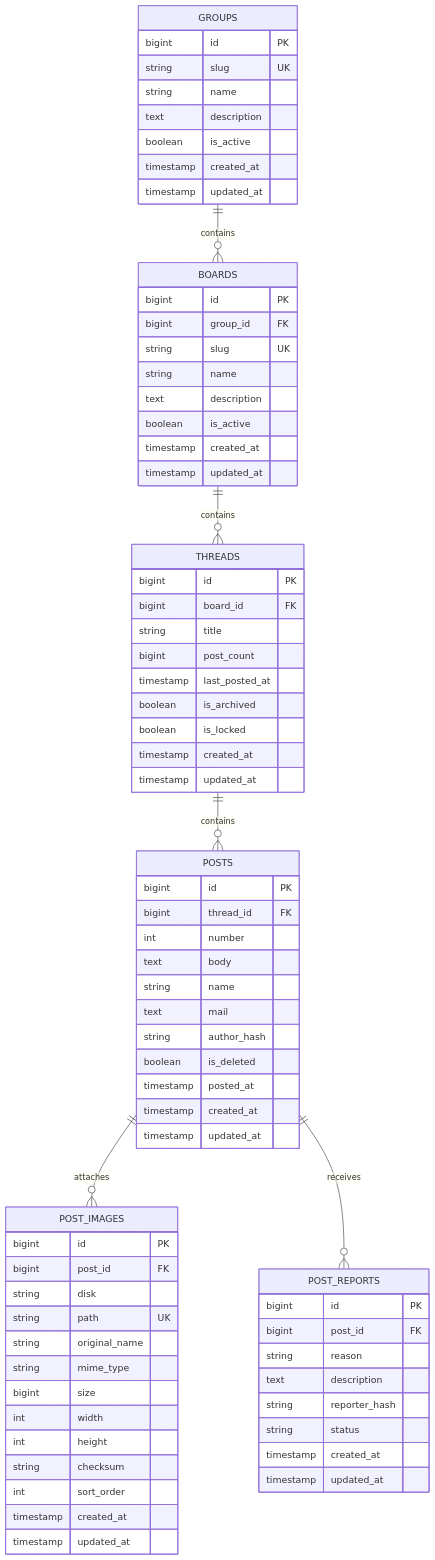
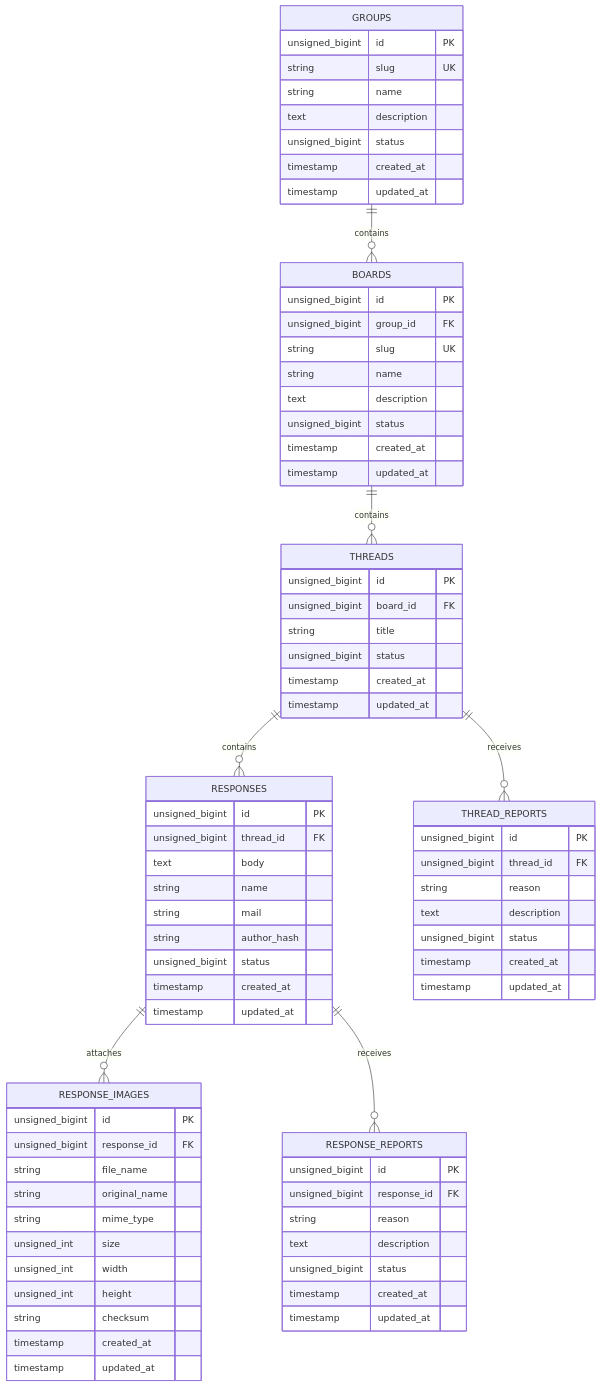
Before and after one commit to feynoobs/TW_B: the diagram in README.md, drawn with Mermaid. The commit also changed other lines of this file and 1 other file, not shown here.

```diff
--- a/README.md
+++ b/README.md
@@ -426,80 +441,83 @@
 erDiagram
   GROUPS ||--o{ BOARDS : contains
   BOARDS ||--o{ THREADS : contains
-  THREADS ||--o{ POSTS : contains
-  POSTS ||--o{ POST_IMAGES : attaches
-  POSTS ||--o{ POST_REPORTS : receives
+  THREADS ||--o{ RESPONSES : contains
+  THREADS ||--o{ THREAD_REPORTS : receives
+  RESPONSES ||--o{ RESPONSE_IMAGES : attaches
+  RESPONSES ||--o{ RESPONSE_REPORTS : receives
 
   GROUPS {
-    bigint id PK
+    unsigned_bigint id PK
     string slug UK
     string name
     text description
-    boolean is_active
+    unsigned_bigint status
     timestamp created_at
     timestamp updated_at
   }
 
   BOARDS {
-    bigint id PK
-    bigint group_id FK
+    unsigned_bigint id PK
+    unsigned_bigint group_id FK
     string slug UK
     string name
     text description
-    boolean is_active
+    unsigned_bigint status
     timestamp created_at
     timestamp updated_at
   }
 
   THREADS {
-    bigint id PK
-    bigint board_id FK
+    unsigned_bigint id PK
+    unsigned_bigint board_id FK
     string title
-    bigint post_count
-    timestamp last_posted_at
-    boolean is_archived
-    boolean is_locked
+    unsigned_bigint status
     timestamp created_at
     timestamp updated_at
   }
 
-  POSTS {
-    bigint id PK
-    bigint thread_id FK
-    int number
-    text body
-    string name
-    text mail
-    string author_hash
-    boolean is_deleted
-    timestamp posted_at
+  THREAD_REPORTS {
+    unsigned_bigint id PK
+    unsigned_bigint thread_id FK
+    string reason
+    text description
+    unsigned_bigint status
     timestamp created_at
     timestamp updated_at
   }
 
-  POST_IMAGES {
-    bigint id PK
-    bigint post_id FK
-    string disk
-    string path UK
-    string original_name
-    string mime_type
-    bigint size
-    int width
-    int height
-    string checksum
-    int sort_order
+  RESPONSES {
+    unsigned_bigint id PK
+    unsigned_bigint thread_id FK
+    text body
+    string name
+    string mail
+    string author_hash
+    unsigned_bigint status
     timestamp created_at
     timestamp updated_at
   }
 
-  POST_REPORTS {
-    bigint id PK
-    bigint post_id FK
+  RESPONSE_IMAGES {
+    unsigned_bigint id PK
+    unsigned_bigint response_id FK
+    string file_name
+    string original_name
+    string mime_type
+    unsigned_int size
+    unsigned_int width
+    unsigned_int height
+    string checksum
+    timestamp created_at
+    timestamp updated_at
+  }
+
+  RESPONSE_REPORTS {
+    unsigned_bigint id PK
+    unsigned_bigint response_id FK
     string reason
     text description
-    string reporter_hash
-    string status
+    unsigned_bigint status
     timestamp created_at
     timestamp updated_at
   }
```
